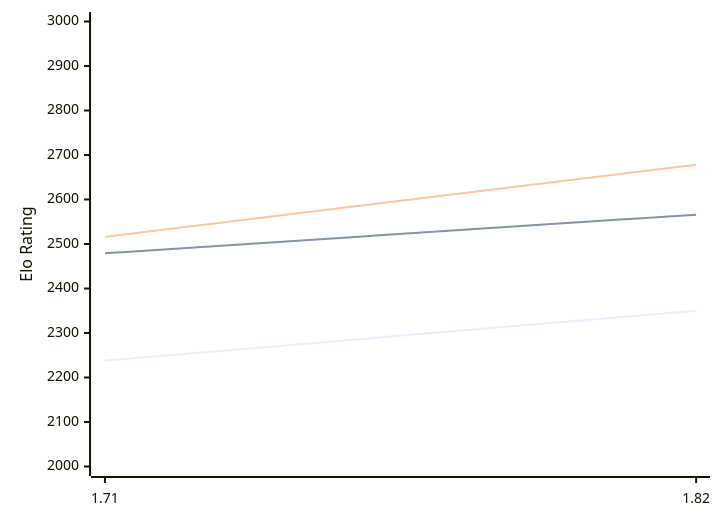
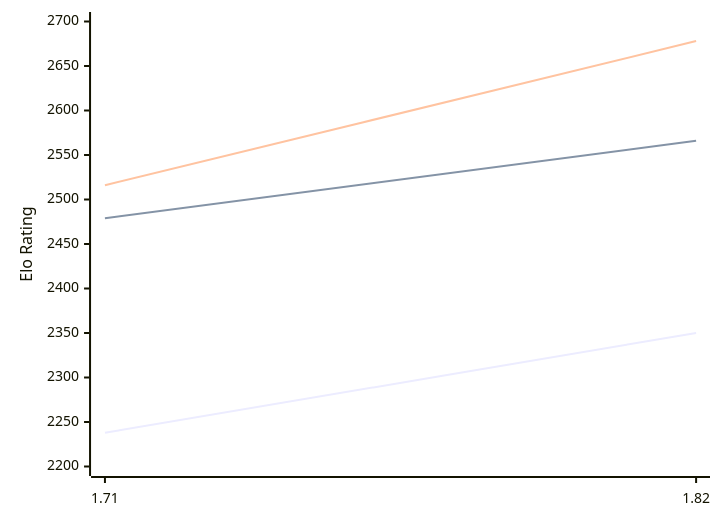
The diagram in engines/Amira.md (computer-chess-index/cci), drawn with Mermaid before and after one commit. The commit also changed other lines of this file, not shown here.

Commit message:
Update CCI Ratings (ELO VLTC) - 2026-02-10

````diff
--- a/engines/Amira.md
+++ b/engines/Amira.md
@@ -32,9 +32,9 @@
 ```mermaid
 %%{init: {"theme":"base","themeVariables":{"seriesColors:['#a3a3a3','#222221','#faa371']}}}%%
 xychart-beta
   x-axis ["1.71", "1.82"]
-  y-axis "Elo Rating" 2000 --> 3000
+  y-axis "Elo Rating" 2200 --> 2700
   line "STC (8.0+0.08s)" [2238, 2350]
   line "LTC (60.0+0.60s)" [2479, 2566]
   line "VLTC (2m24s+1.12s)" [2516, 2678]
 ```
````
